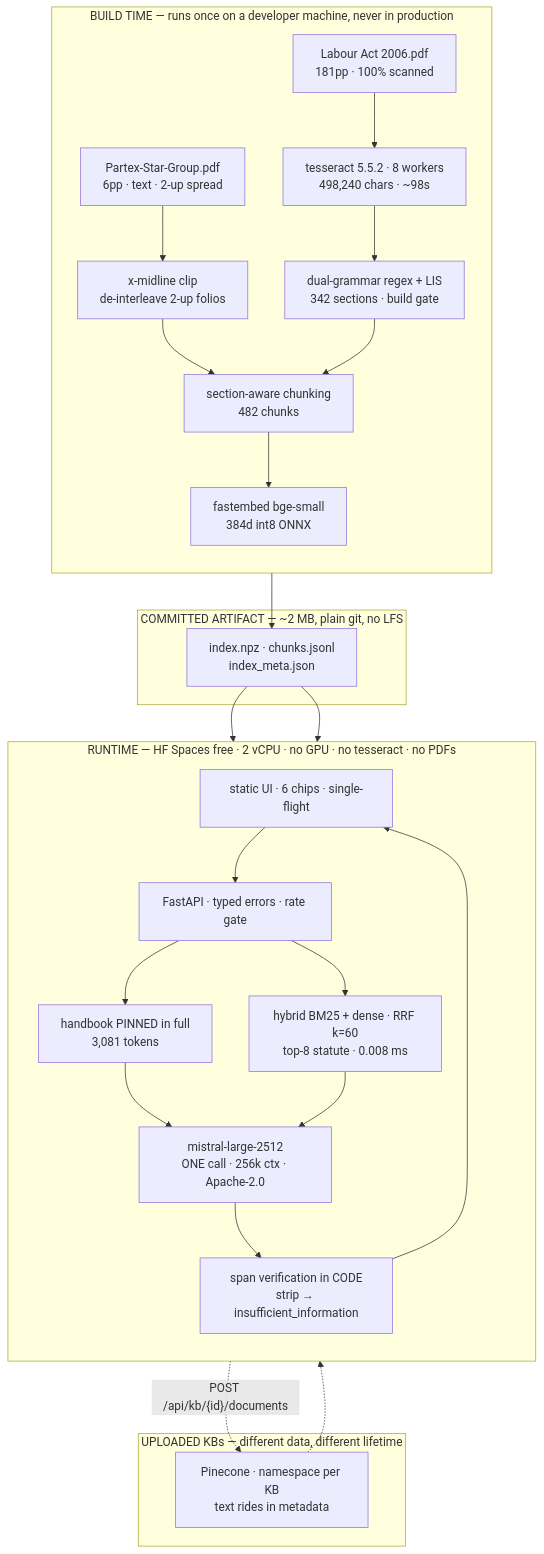
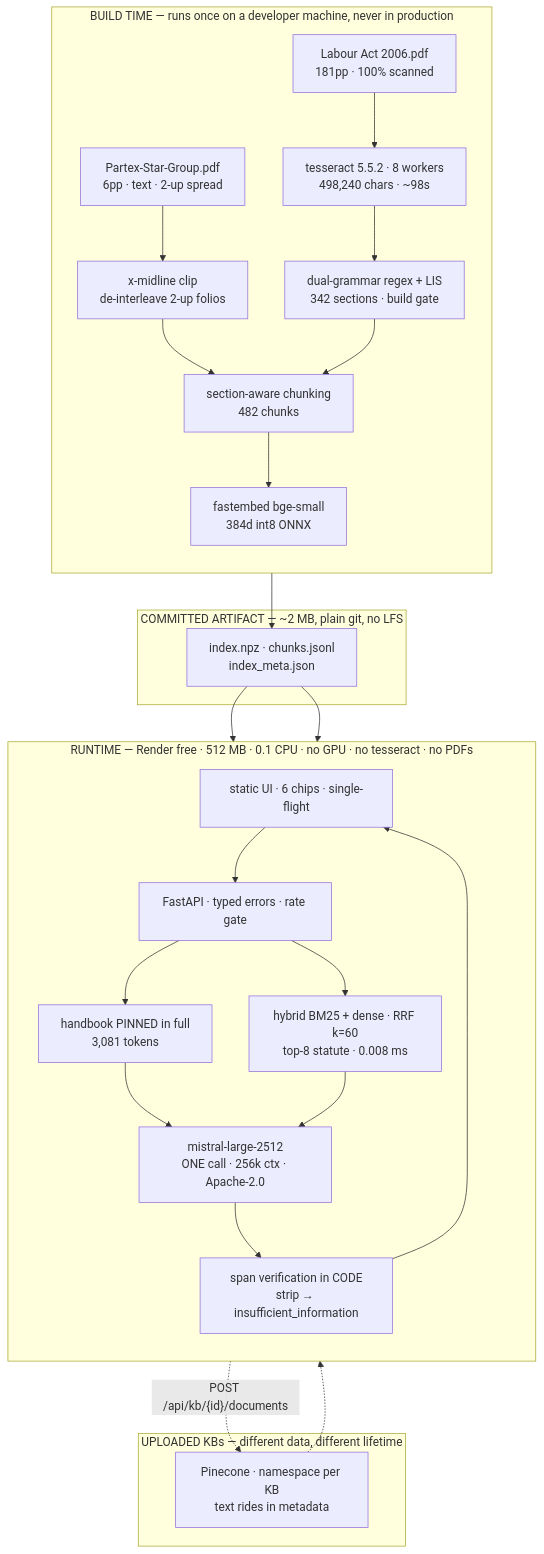
The diagram in README.md (Reshad-Ul-Karim/enterprise-AI-document-assistant), drawn with Mermaid before and after one commit. The commit also changed other lines of this file and 1 other file, not shown here.

First line of the commit message:
Correct the deploy target: HF Spaces free no longer exists

````diff
--- a/README.md
+++ b/README.md
@@ -52,43 +52,43 @@
 ```mermaid
 flowchart TB
     subgraph BUILD ["BUILD TIME — runs once on a developer machine, never in production"]
         direction TB
         P1["Partex-Star-Group.pdf<br/>6pp · text · 2-up spread"]
         P2["Labour Act 2006.pdf<br/>181pp · 100% scanned"]
         OCR["tesseract 5.5.2 · 8 workers<br/>498,240 chars · ~98s"]
         CLIP["x-midline clip<br/>de-interleave 2-up folios"]
         SEC["dual-grammar regex + LIS<br/>342 sections · build gate"]
         CH["section-aware chunking<br/>482 chunks"]
         EMB["fastembed bge-small<br/>384d int8 ONNX"]
         P2 --> OCR --> SEC
         P1 --> CLIP --> CH
         SEC --> CH --> EMB
     end
 
     subgraph ART ["COMMITTED ARTIFACT — ~2 MB, plain git, no LFS"]
         IDX["index.npz · chunks.jsonl<br/>index_meta.json"]
     end
     EMB --> IDX
 
-    subgraph RUN ["RUNTIME — HF Spaces free · 2 vCPU · no GPU · no tesseract · no PDFs"]
+    subgraph RUN ["RUNTIME — Render free · 512 MB · 0.1 CPU · no GPU · no tesseract · no PDFs"]
         direction TB
         UI["static UI · 6 chips · single-flight"]
         API["FastAPI · typed errors · rate gate"]
         PIN["handbook PINNED in full<br/>3,081 tokens"]
         RET["hybrid BM25 + dense · RRF k=60<br/>top-8 statute · 0.008 ms"]
         GEN["mistral-large-2512<br/>ONE call · 256k ctx · Apache-2.0"]
         VER["span verification in CODE<br/>strip → insufficient_information"]
         UI --> API --> RET
         API --> PIN
         PIN --> GEN
         RET --> GEN --> VER --> UI
     end
     IDX --> RET
     IDX --> PIN
 
     subgraph UP ["UPLOADED KBs — different data, different lifetime"]
         PC["Pinecone · namespace per KB<br/>text rides in metadata"]
     end
     API -.->|"POST /api/kb/{id}/documents"| PC
     PC -.-> RET
 ```
````
